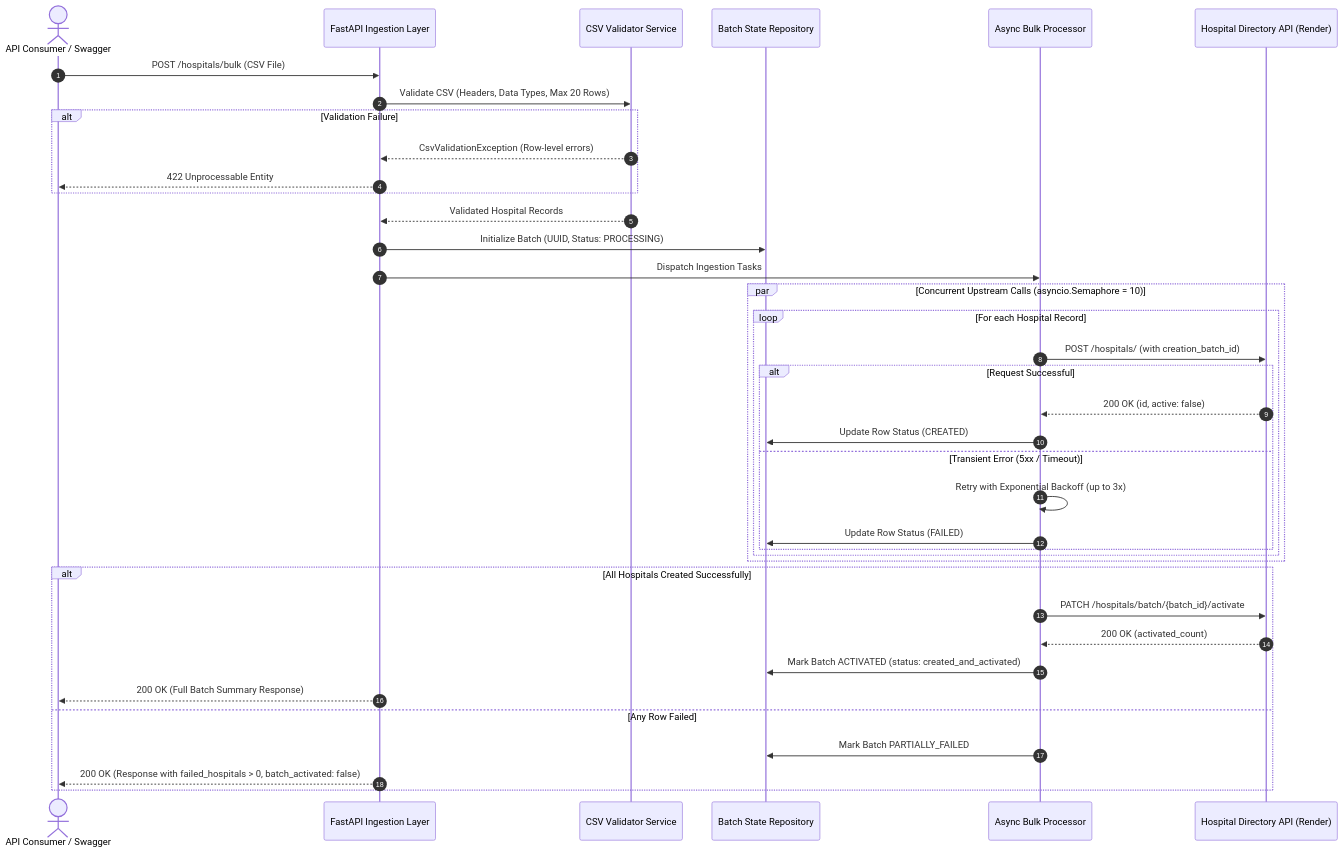
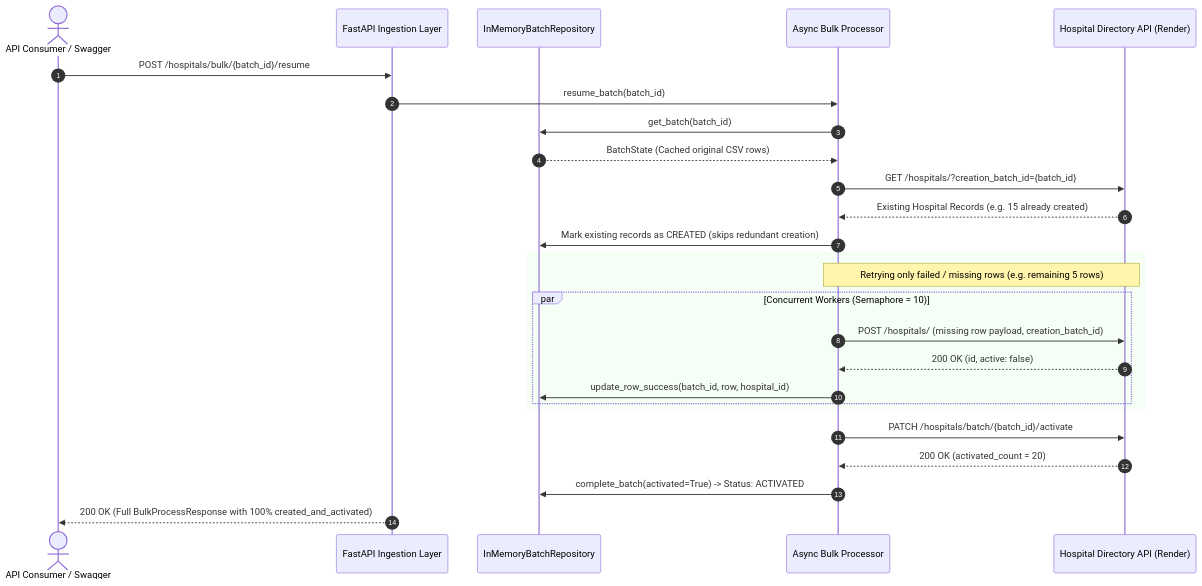
One commit to tusharsainx/hps changed the third of 4 diagrams in README.md. Above: the diagram before and after it, drawn with Mermaid. The commit also changed other lines of this file and 4 other files, not shown here.

Commit message:
docs: update README with comprehensive HLD, non-blocking sequence diagram, and future optimizations

````diff
--- a/README.md
+++ b/README.md
@@ -11,43 +154,33 @@
 ```mermaid
 sequenceDiagram
     autonumber
     actor Client as API Consumer / Swagger
     participant API as FastAPI Ingestion Layer
-    participant Val as CSV Validator Service
-    participant Store as Batch State Repository
+    participant Repo as InMemoryBatchRepository
     participant Engine as Async Bulk Processor
     participant Upstream as Hospital Directory API (Render)
 
-    Client->>API: POST /hospitals/bulk (CSV File)
-    API->>Val: Validate CSV (Headers, Data Types, Max 20 Rows)
-    alt Validation Failure
-        Val-->>API: CsvValidationException (Row-level errors)
-        API-->>Client: 422 Unprocessable Entity
+    Client->>API: POST /hospitals/bulk/{batch_id}/resume
+    API->>Engine: resume_batch(batch_id)
+    Engine->>Repo: get_batch(batch_id)
+    Repo-->>Engine: BatchState (Cached original CSV rows)
+
+    Engine->>Upstream: GET /hospitals/?creation_batch_id={batch_id}
+    Upstream-->>Engine: Existing Hospital Records (e.g. 15 already created)
+
+    Engine->>Repo: Mark existing records as CREATED (skips redundant creation)
+    
+    rect rgb(245, 255, 245)
+    Note over Engine,Upstream: Retrying only failed / missing rows (e.g. remaining 5 rows)
+    par Concurrent Workers (Semaphore = 10)
+        Engine->>Upstream: POST /hospitals/ (missing row payload, creation_batch_id)
+        Upstream-->>Engine: 200 OK (id, active: false)
+        Engine->>Repo: update_row_success(batch_id, row, hospital_id)
     end
-    Val-->>API: Validated Hospital Records
-    API->>Store: Initialize Batch (UUID, Status: PROCESSING)
-    API->>Engine: Dispatch Ingestion Tasks
-
-    par Concurrent Upstream Calls (asyncio.Semaphore = 10)
-        loop For each Hospital Record
-            Engine->>Upstream: POST /hospitals/ (with creation_batch_id)
-            alt Request Successful
-                Upstream-->>Engine: 200 OK (id, active: false)
-                Engine->>Store: Update Row Status (CREATED)
-            else Transient Error (5xx / Timeout)
-                Engine->>Engine: Retry with Exponential Backoff (up to 3x)
-                Engine->>Store: Update Row Status (FAILED)
-            end
-        end
     end
 
-    alt All Hospitals Created Successfully
-        Engine->>Upstream: PATCH /hospitals/batch/{batch_id}/activate
-        Upstream-->>Engine: 200 OK (activated_count)
-        Engine->>Store: Mark Batch ACTIVATED (status: created_and_activated)
-        API-->>Client: 200 OK (Full Batch Summary Response)
-    else Any Row Failed
-        Engine->>Store: Mark Batch PARTIALLY_FAILED
-        API-->>Client: 200 OK (Response with failed_hospitals > 0, batch_activated: false)
-    end
+    Engine->>Upstream: PATCH /hospitals/batch/{batch_id}/activate
+    Upstream-->>Engine: 200 OK (activated_count = 20)
+    Engine->>Repo: complete_batch(activated=True) -> Status: ACTIVATED
+    API-->>Client: 200 OK (Full BulkProcessResponse with 100% created_and_activated)
 ```
````
